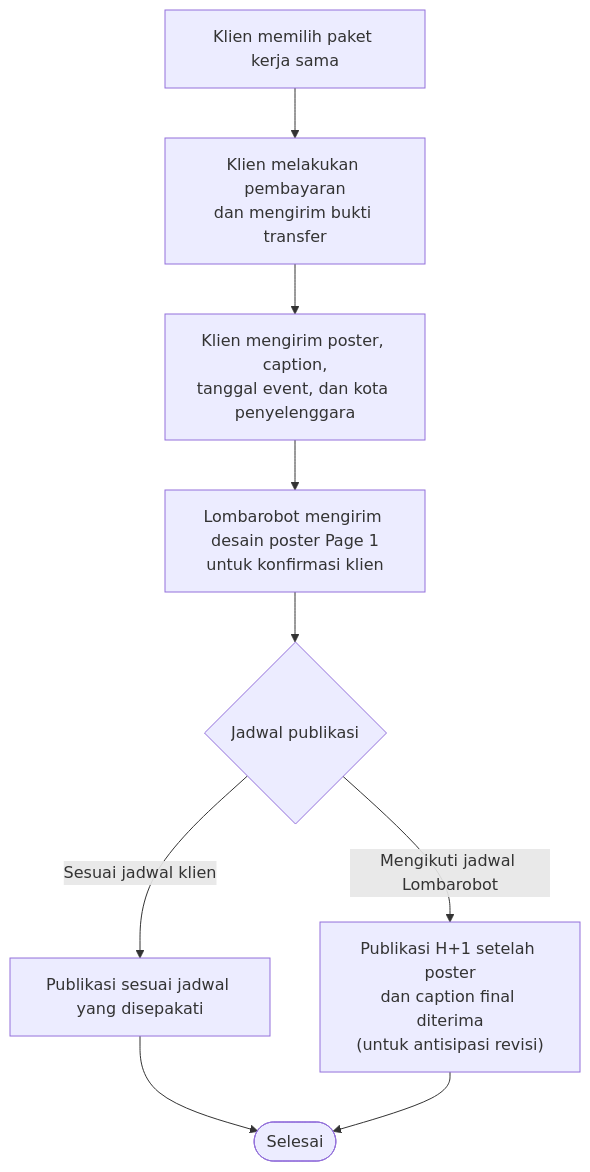
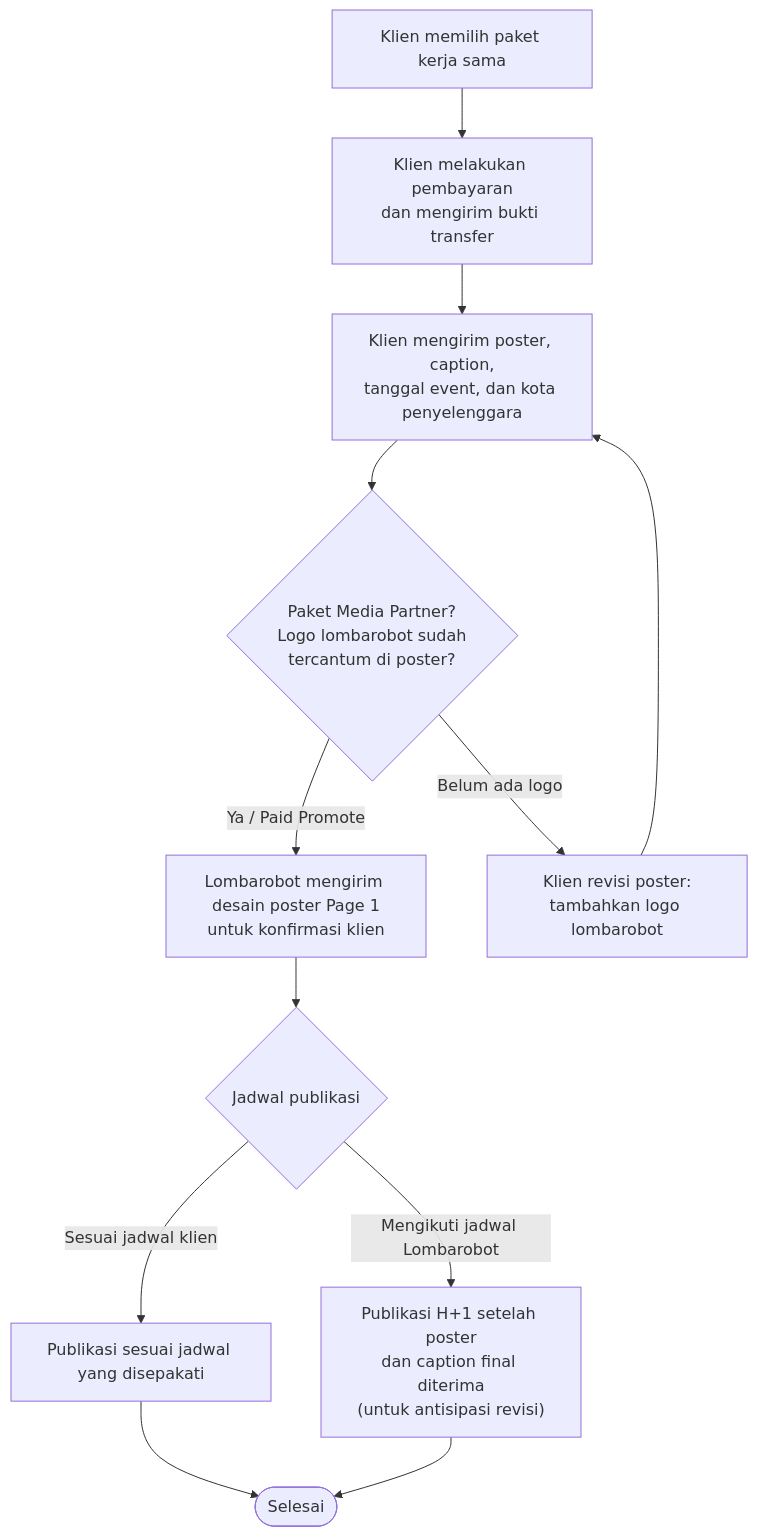
The diagram in readme.md (lombarobot/connect), drawn with Mermaid before and after one commit. The commit also changed other lines of this file and 8 other files, not shown here.

````diff
--- a/readme.md
+++ b/readme.md
@@ -92,12 +91,15 @@
 ```mermaid
 flowchart TD
     B["Klien memilih paket kerja sama"]
     B --> C["Klien melakukan pembayaran<br/>dan mengirim bukti transfer"]
     C --> D["Klien mengirim poster, caption,<br/>tanggal event, dan kota penyelenggara"]
-    D --> D2["Lombarobot mengirim desain poster Page 1<br/>untuk konfirmasi klien"]
+    D --> CHECK{"Paket Media Partner?<br/>Logo lombarobot sudah<br/>tercantum di poster?"}
+    CHECK -->|"Ya / Paid Promote"| D2["Lombarobot mengirim desain poster Page 1<br/>untuk konfirmasi klien"]
+    CHECK -->|"Belum ada logo"| REVISI["Klien revisi poster:<br/>tambahkan logo lombarobot"]
+    REVISI --> D
     D2 --> E{"Jadwal publikasi"}
     E -->|"Sesuai jadwal klien"| F["Publikasi sesuai jadwal yang disepakati"]
     E -->|"Mengikuti jadwal Lombarobot"| G["Publikasi H+1 setelah poster<br/>dan caption final diterima<br/>(untuk antisipasi revisi)"]
     F --> H(["Selesai"])
     G --> H
 ```
````
